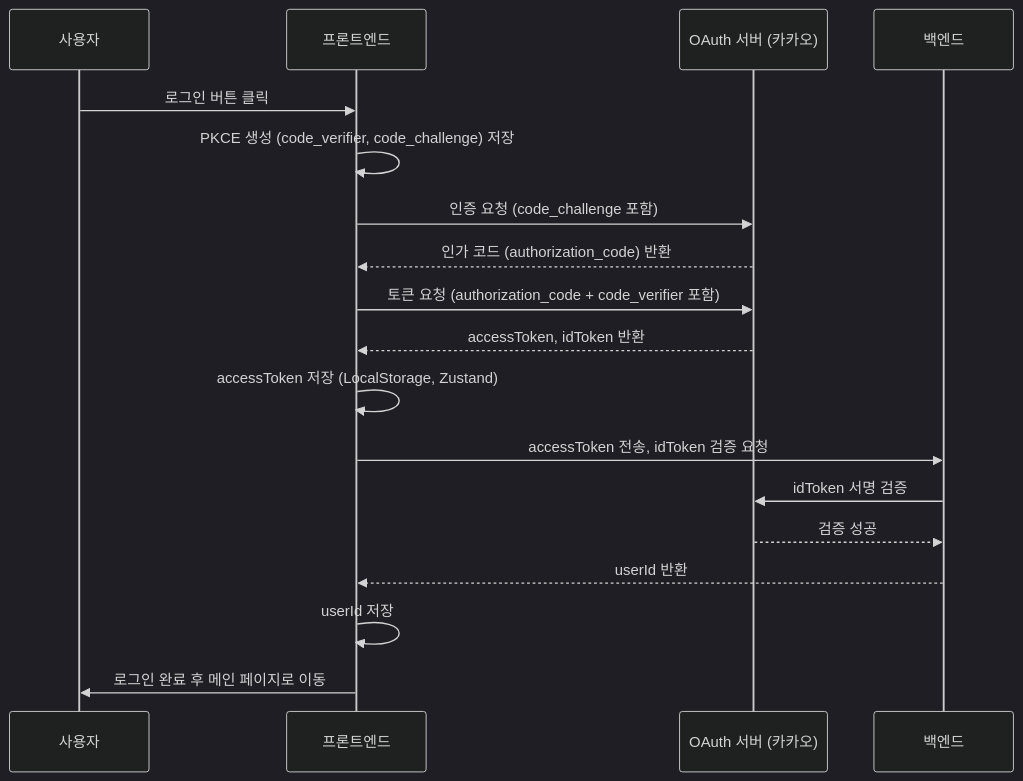
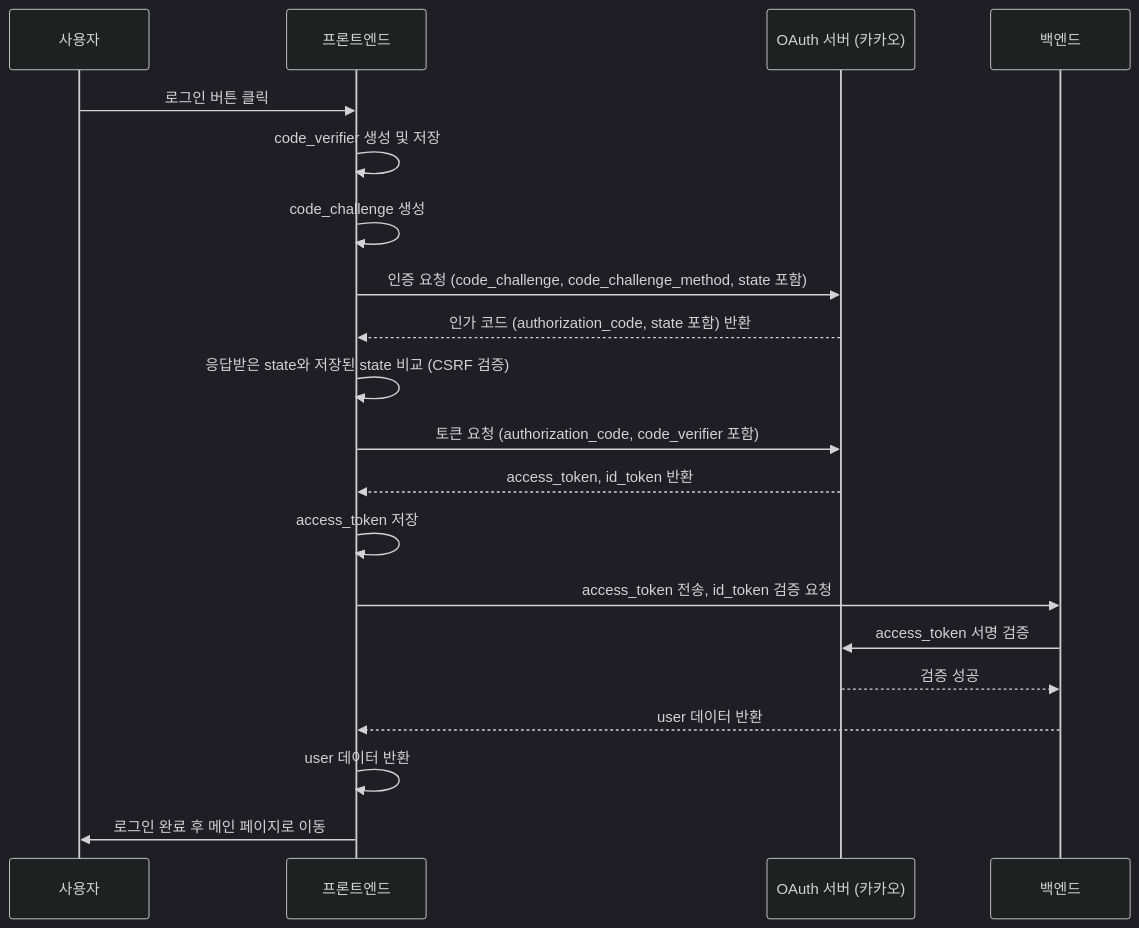
The third of 3 diagrams in blog/2025-02-03-oauth/index.md (jk1635/dict), drawn with Mermaid (dark theme) before and after one commit. The commit also changed other lines of this file and 3 other files, not shown here.

````diff
--- a/blog/2025-02-03-oauth/index.md
+++ b/blog/2025-02-03-oauth/index.md
@@ -532,25 +532,27 @@
 ```mermaid
 sequenceDiagram
     participant User as 사용자
     participant Frontend as 프론트엔드
     participant OAuthServer as OAuth 서버 (카카오)
     participant Backend as 백엔드
 
     User->>Frontend: 로그인 버튼 클릭
-    Frontend->>Frontend: PKCE 생성 (code_verifier, code_challenge) 저장
-    Frontend->>OAuthServer: 인증 요청 (code_challenge 포함)
-    OAuthServer-->>Frontend: 인가 코드 (authorization_code) 반환
+    Frontend->>Frontend: code_verifier 생성 및 저장
+    Frontend->>Frontend: code_challenge 생성
+    Frontend->>OAuthServer: 인증 요청 (code_challenge, code_challenge_method, state 포함)
+    OAuthServer-->>Frontend: 인가 코드 (authorization_code, state 포함) 반환
 
-    Frontend->>OAuthServer: 토큰 요청 (authorization_code + code_verifier 포함)
-    OAuthServer-->>Frontend: accessToken, idToken 반환
+    Frontend->>Frontend: 응답받은 state와 저장된 state 비교 (CSRF 검증)
+    Frontend->>OAuthServer: 토큰 요청 (authorization_code, code_verifier 포함)
+    OAuthServer-->>Frontend: access_token, id_token 반환
 
-    Frontend->>Frontend: accessToken 저장  (LocalStorage, Zustand)
-    Frontend->>Backend: accessToken 전송, idToken 검증 요청
-    Backend->>OAuthServer: idToken 서명 검증
+    Frontend->>Frontend: access_token 저장
+    Frontend->>Backend: access_token 전송, id_token 검증 요청
+    Backend->>OAuthServer: access_token 서명 검증
     OAuthServer-->>Backend: 검증 성공
-    Backend-->>Frontend: userId 반환
+    Backend-->>Frontend: user 데이터 반환
 
-    Frontend->>Frontend: userId 저장
+    Frontend->>Frontend: user 데이터 반환
     Frontend->>User: 로그인 완료 후 메인 페이지로 이동
 
 ```
````
